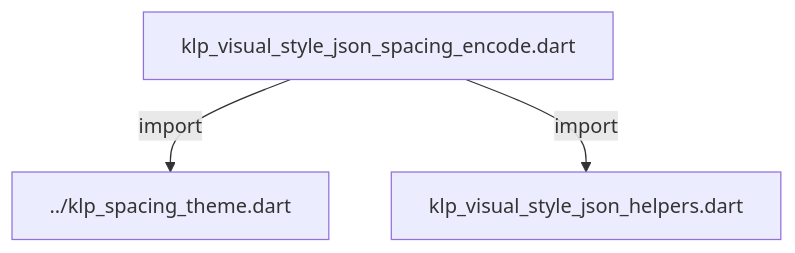
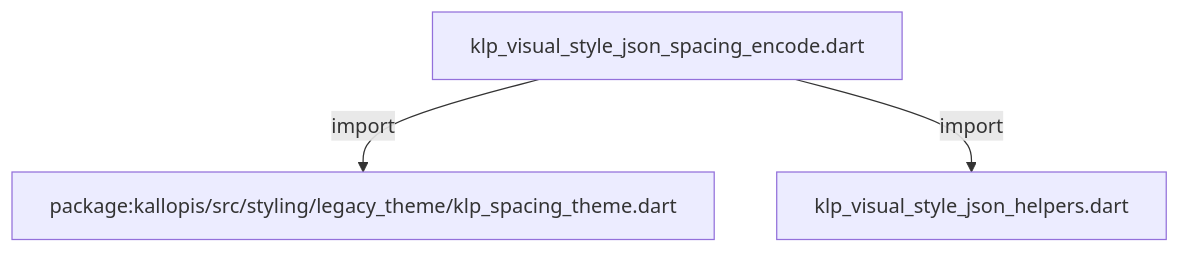
The diagram in docs/architecture/src/styling/legacy_theme/internal/klp_visual_style_json_spacing_encode.md (MiuDog/Kallopis), drawn with Mermaid before and after one commit. The commit also changed other lines of this file and 9688 other files, not shown here.

Commit message:
Prepare isolated Flow F2 peer baseline

````diff
--- a/docs/architecture/src/styling/legacy_theme/internal/klp_visual_style_json_spacing_encode.md
+++ b/docs/architecture/src/styling/legacy_theme/internal/klp_visual_style_json_spacing_encode.md
@@ -11,8 +11,8 @@
 ```mermaid
 flowchart TD
 	n0["klp_visual_style_json_spacing_encode.dart"]
-	n1["../klp_spacing_theme.dart"]
+	n1["package:kallopis/src/styling/legacy_theme/klp_spacing_theme.dart"]
 	n2["klp_visual_style_json_helpers.dart"]
 	n0 -->|"import"| n1
 	n0 -->|"import"| n2
 ```
````
